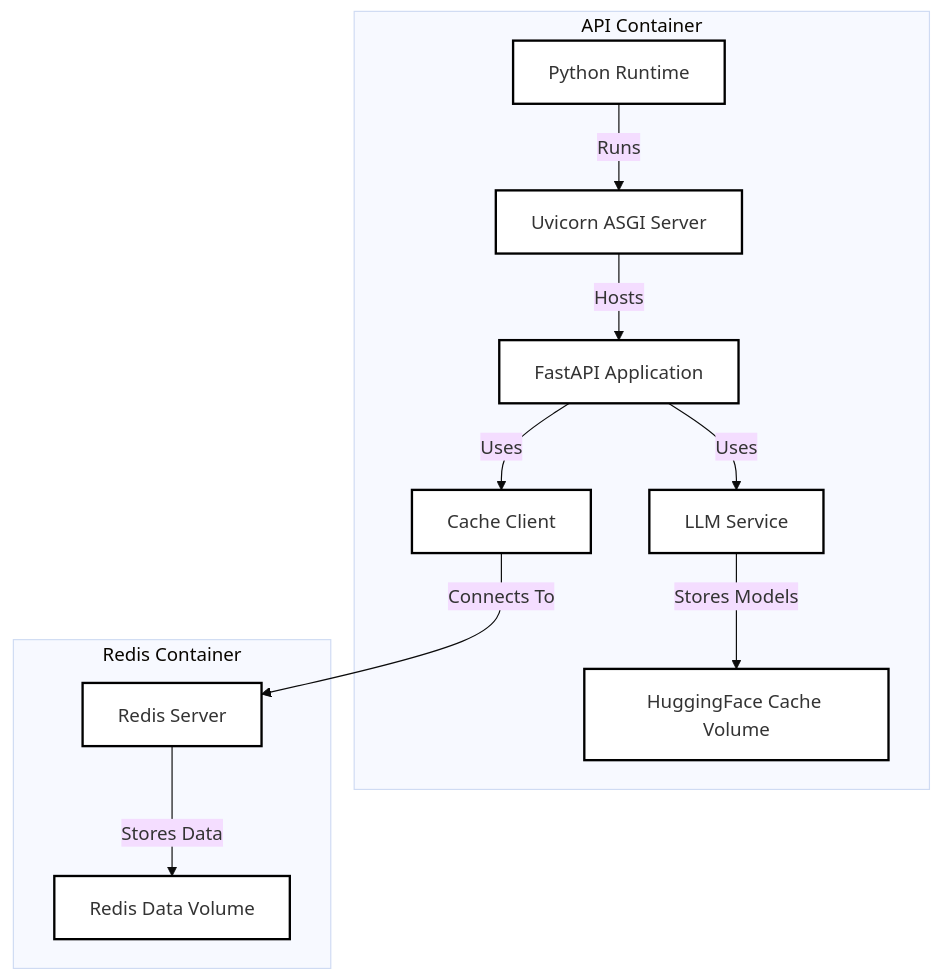
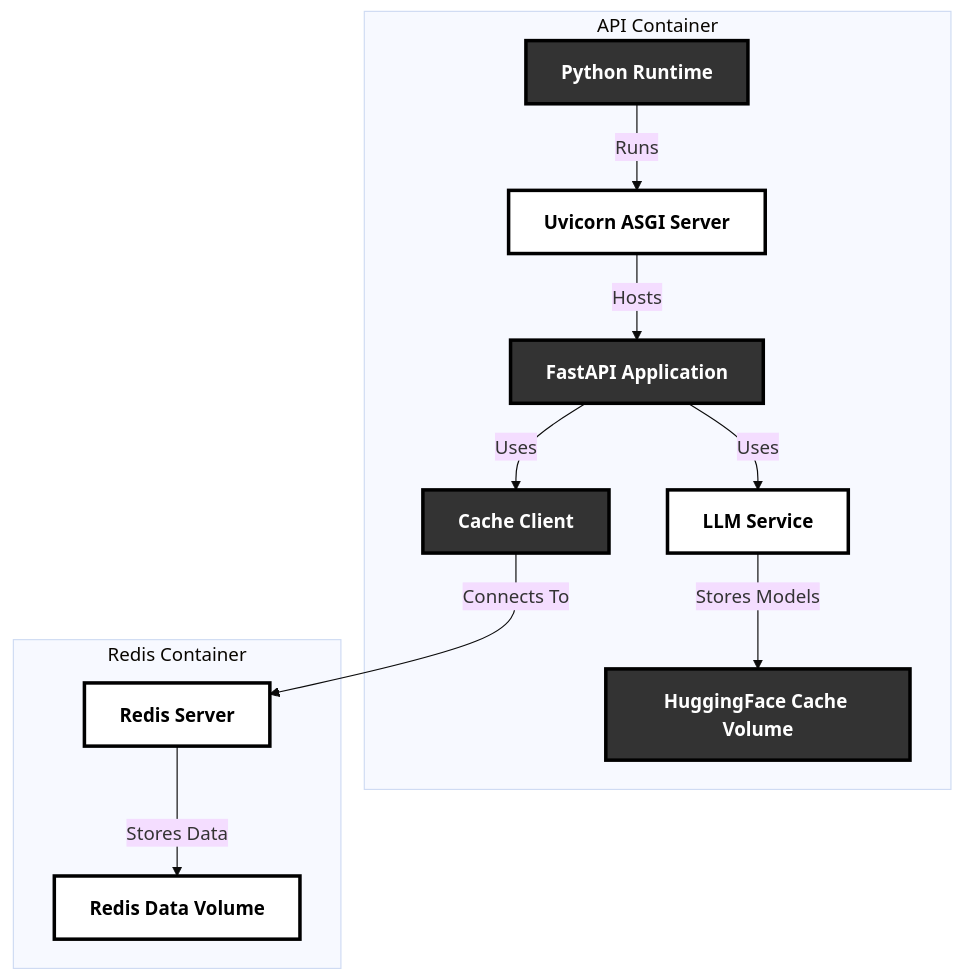
One commit to SoundMindsAI/ai_examples changed the fifth of 5 diagrams in An_LLM_Query_Understanding_Service/README.md. Above: the diagram before and after it, drawn with Mermaid (base theme). The commit also changed other lines of this file, not shown here.

Commit message:
Update Mermaid diagram styles with alternating dark/light theme

````diff
--- a/An_LLM_Query_Understanding_Service/README.md
+++ b/An_LLM_Query_Understanding_Service/README.md
@@ -206,25 +206,25 @@
 ```mermaid
 graph TB
     subgraph "API Container"
         Python[Python Runtime] -->|Runs| Uvicorn[Uvicorn ASGI Server]
         Uvicorn -->|Hosts| FastAPI[FastAPI Application]
         FastAPI -->|Uses| LLM[LLM Service]
         FastAPI -->|Uses| Cache[Cache Client]
         LLM -->|Stores Models| Volume1[HuggingFace Cache Volume]
     end
     
     subgraph "Redis Container"
         Redis[Redis Server] -->|Stores Data| Volume2[Redis Data Volume]
     end
     
     Cache -->|Connects To| Redis
     
-    style Python fill:white,stroke:black,stroke-width:2px
-    style Uvicorn fill:white,stroke:black,stroke-width:2px
-    style FastAPI fill:white,stroke:black,stroke-width:2px
-    style LLM fill:white,stroke:black,stroke-width:2px
-    style Cache fill:white,stroke:black,stroke-width:2px
-    style Redis fill:white,stroke:black,stroke-width:2px
-    style Volume1 fill:white,stroke:black,stroke-width:2px
-    style Volume2 fill:white,stroke:black,stroke-width:2px
+    style Python fill:#333,stroke:#000,stroke-width:3px,color:#fff,font-weight:bold
+    style Uvicorn fill:white,stroke:#000,stroke-width:3px,color:#000,font-weight:bold
+    style FastAPI fill:#333,stroke:#000,stroke-width:3px,color:#fff,font-weight:bold
+    style LLM fill:white,stroke:#000,stroke-width:3px,color:#000,font-weight:bold
+    style Cache fill:#333,stroke:#000,stroke-width:3px,color:#fff,font-weight:bold
+    style Redis fill:white,stroke:#000,stroke-width:3px,color:#000,font-weight:bold
+    style Volume1 fill:#333,stroke:#000,stroke-width:3px,color:#fff,font-weight:bold
+    style Volume2 fill:white,stroke:#000,stroke-width:3px,color:#000,font-weight:bold
 ```
````
